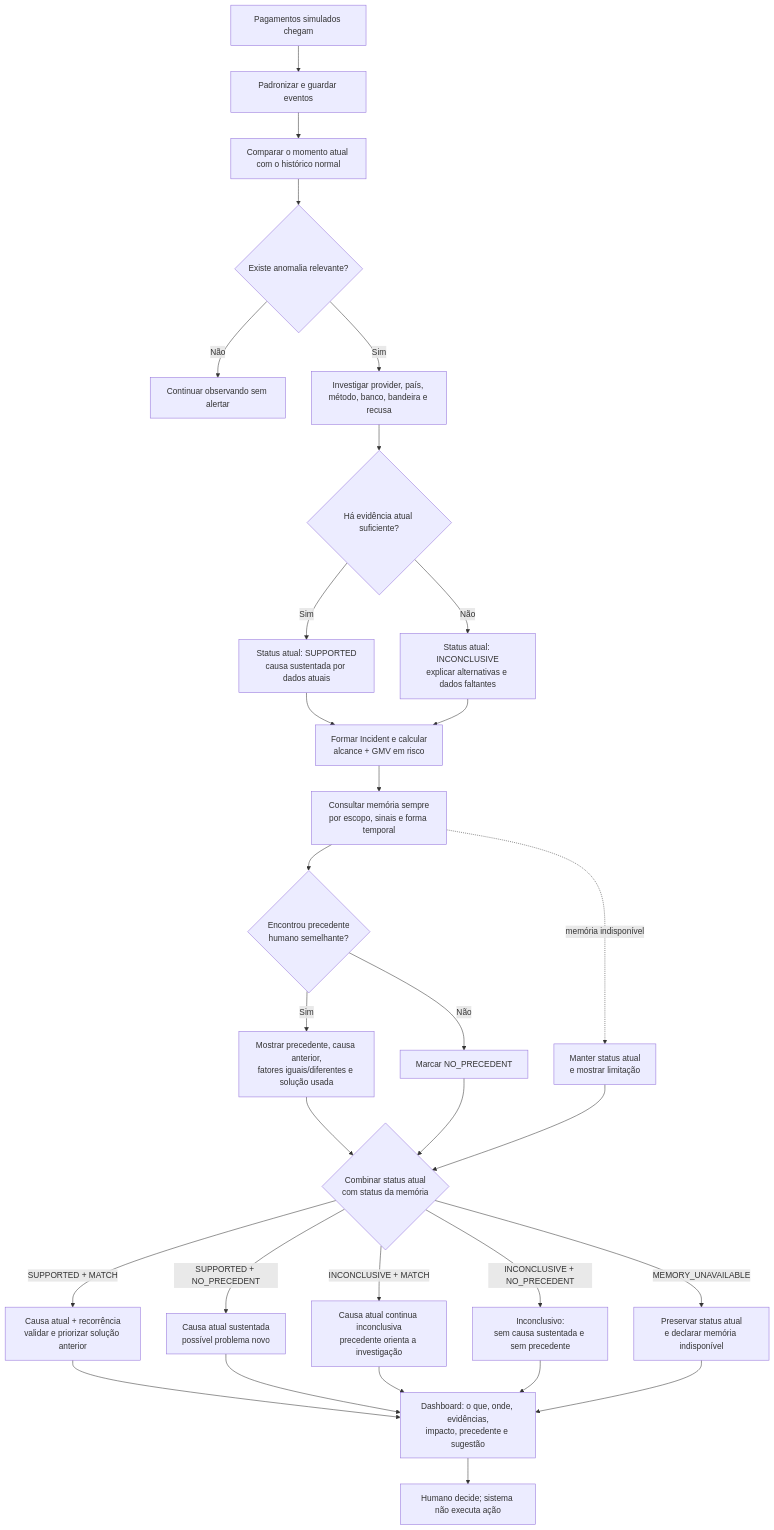
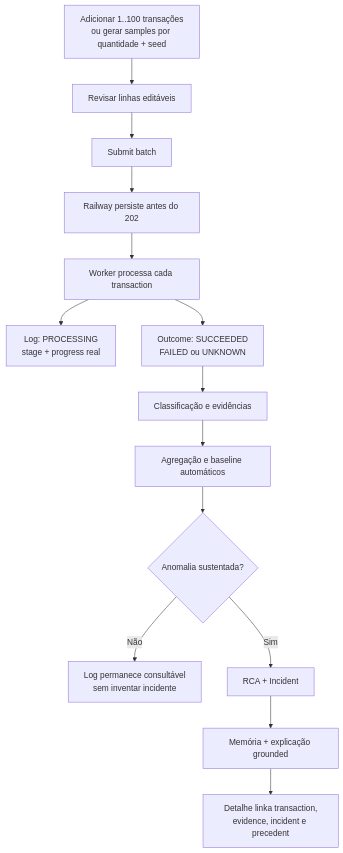
Before and after one commit to 1Renato7/LumenPrep: the first of 4 diagrams in docs/plans/architecture-diagrams.md, drawn with Mermaid. The commit also changed other lines of this file and 9 other files, not shown here.

````diff
--- a/docs/plans/architecture-diagrams.md
+++ b/docs/plans/architecture-diagrams.md
@@ -7,33 +7,16 @@
 ```mermaid
 flowchart TD
-    A[Pagamentos simulados chegam] --> B[Padronizar e guardar eventos]
-    B --> C[Comparar o momento atual com o histórico normal]
-    C --> D{Existe anomalia relevante?}
-    D -->|Não| E[Continuar observando sem alertar]
-    D -->|Sim| F[Investigar provider, país, método, banco, bandeira e recusa]
-    F --> G{Há evidência atual suficiente?}
-    G -->|Sim| H[Status atual: SUPPORTED<br/>causa sustentada por dados atuais]
-    G -->|Não| I[Status atual: INCONCLUSIVE<br/>explicar alternativas e dados faltantes]
-    H --> J[Formar Incident e calcular<br/>alcance + GMV em risco]
-    I --> J
-    J --> K[Consultar memória sempre<br/>por escopo, sinais e forma temporal]
-    K --> L{Encontrou precedente<br/>humano semelhante?}
-    L -->|Sim| M[Mostrar precedente, causa anterior,<br/>fatores iguais/diferentes e solução usada]
-    L -->|Não| N[Marcar NO_PRECEDENT]
-    K -. memória indisponível .-> O[Manter status atual<br/>e mostrar limitação]
-    M --> P
-    N --> P
-    O --> P
-    P{Combinar status atual<br/>com status da memória}
-    P -->|SUPPORTED + MATCH| Q[Causa atual + recorrência<br/>validar e priorizar solução anterior]
-    P -->|SUPPORTED + NO_PRECEDENT| R[Causa atual sustentada<br/>possível problema novo]
-    P -->|INCONCLUSIVE + MATCH| S[Causa atual continua inconclusiva<br/>precedente orienta a investigação]
-    P -->|INCONCLUSIVE + NO_PRECEDENT| T[Inconclusivo:<br/>sem causa sustentada e sem precedente]
-    P -->|MEMORY_UNAVAILABLE| U[Preservar status atual<br/>e declarar memória indisponível]
-    Q --> V[Dashboard: o que, onde, evidências,<br/>impacto, precedente e sugestão]
-    R --> V
-    S --> V
-    T --> V
-    U --> V
-    V --> W[Humano decide; sistema não executa ação]
+    A[Adicionar 1..100 transações<br/>ou gerar samples por quantidade + seed] --> B[Revisar linhas editáveis]
+    B --> C[Submit batch]
+    C --> D[Railway persiste antes do 202]
+    D --> E[Worker processa cada transaction]
+    E --> F[Log: PROCESSING<br/>stage + progress real]
+    E --> G[Outcome: SUCCEEDED<br/>FAILED ou UNKNOWN]
+    G --> H[Classificação e evidências]
+    H --> I[Agregação e baseline automáticos]
+    I --> J{Anomalia sustentada?}
+    J -->|Não| K[Log permanece consultável<br/>sem inventar incidente]
+    J -->|Sim| L[RCA + Incident]
+    L --> M[Memória + explicação grounded]
+    M --> N[Detalhe linka transaction,<br/>evidence, incident e precedent]
 ```
````
